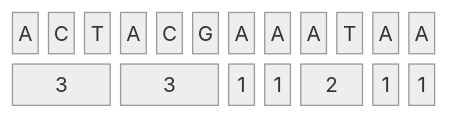
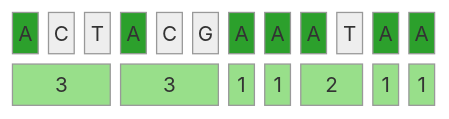
Before and after one commit to intervals-mining-lab/foapy: the first of 2 diagrams in docs/fundamentals/ideas/interval_as_a_basic_information_unit.md, drawn with Mermaid (neutral theme). The commit also changed other lines of this file, not shown here.

Commit message:
Added intervals coloring

````diff
--- a/docs/fundamentals/ideas/interval_as_a_basic_information_unit.md
+++ b/docs/fundamentals/ideas/interval_as_a_basic_information_unit.md
@@ -11,6 +11,11 @@
 ``` mermaid
 block-beta
   columns 12
   s1["A"] s2["C"] s3["T"] s4["A"] s5["C"] s6["G"] s7["A"] s8["A"] s9["A"] s10["T"] s11["A"] s12["A"]
   i1["3"]:3 i2["3"]:3 i3["1"]:1 i4["1"]:1 i5["2"]:2 i6["1"]:1 i7["1"]:1
+
+  classDef c3 fill:#2ca02c,color:#fff;
+  classDef c4 fill:#98df8a,color:#000;
+  class s1,s4,s7,s8,s9,s11,s12 c3
+  class i1,i2,i3,i4,i5,i6,i7 c4
 ```
````
